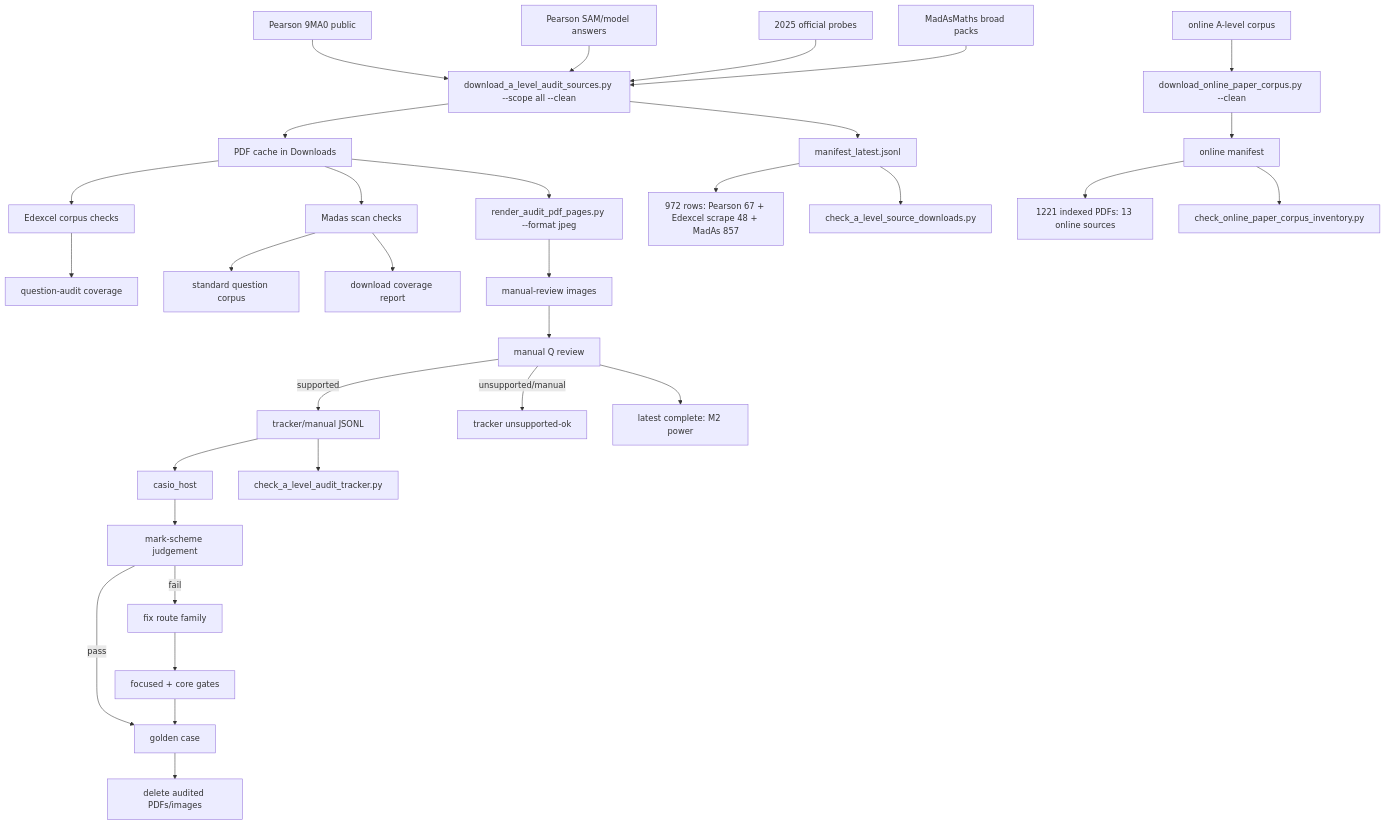
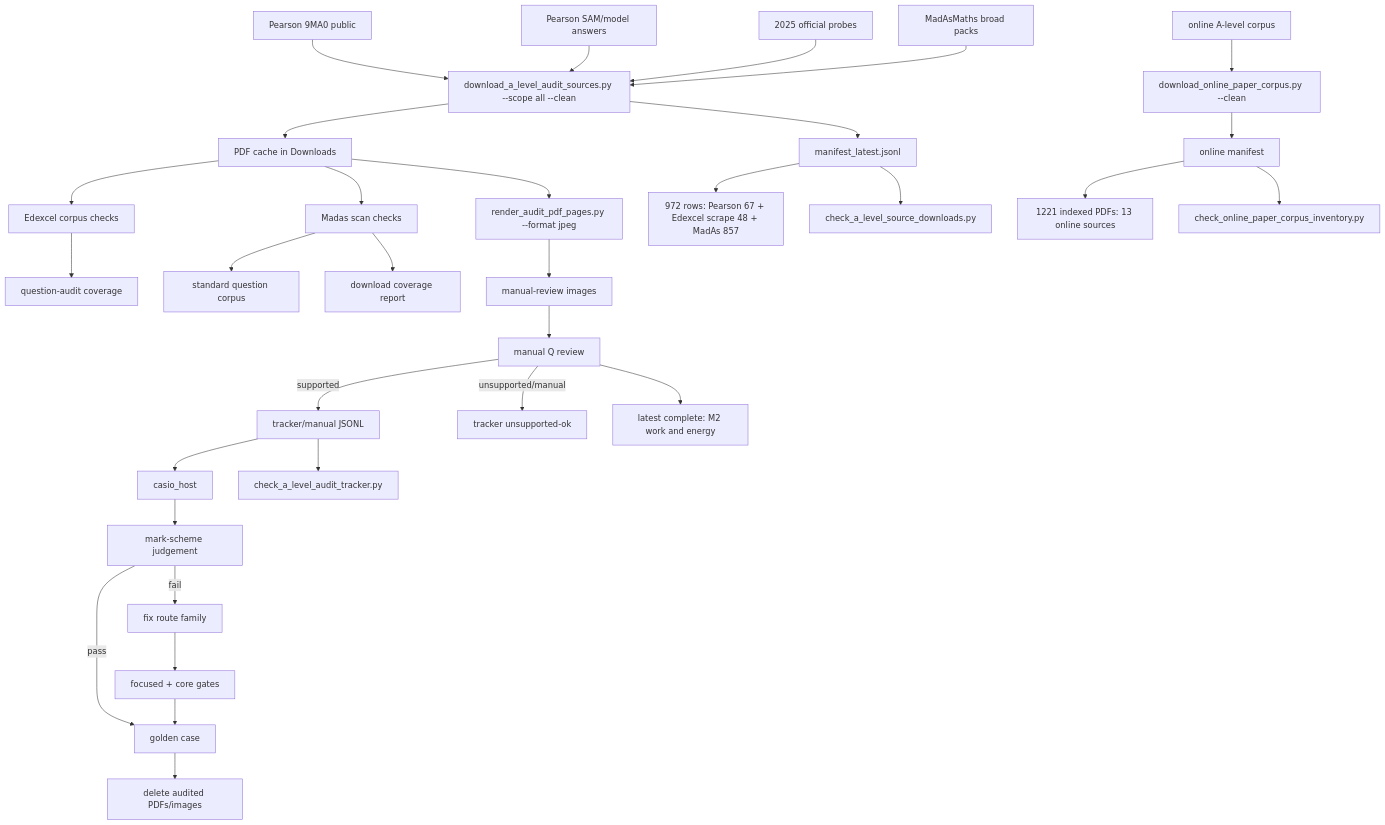
Before and after one commit to james8464/notes-addin-casio-fx-cg50: the diagram in c++/tools/golden/a_level_audit_graph.md, drawn with Mermaid. The commit also changed other lines of this file and 2 other files, not shown here.

Commit message:
Audit M2 work and energy booklet

````diff
--- a/c++/tools/golden/a_level_audit_graph.md
+++ b/c++/tools/golden/a_level_audit_graph.md
@@ -3,34 +3,34 @@
 ```mermaid
 graph TD
   E1["Pearson 9MA0 public"] --> D["download_a_level_audit_sources.py --scope all --clean"]
   E2["Pearson SAM/model answers"] --> D
   E3["2025 official probes"] --> D
   M1["MadAsMaths broad packs"] --> D
   O1["online A-level corpus"] --> OD["download_online_paper_corpus.py --clean"]
   D --> P["PDF cache in Downloads"]
   D --> X["manifest_latest.jsonl"]
   OD --> OX["online manifest"]
   X --> XC["972 rows: Pearson 67 + Edexcel scrape 48 + MadAs 857"]
   OX --> OC["1221 indexed PDFs: 13 online sources"]
   X --> V["check_a_level_source_downloads.py"]
   OX --> OV["check_online_paper_corpus_inventory.py"]
   P --> E["Edexcel corpus checks"]
   E --> EQ["question-audit coverage"]
   P --> S["Madas scan checks"]
   S --> M["standard question corpus"]
   S --> MC["download coverage report"]
   P --> R["render_audit_pdf_pages.py --format jpeg"]
   R --> I["manual-review images"]
   I --> Q["manual Q review"]
   Q -->|supported| J["tracker/manual JSONL"]
   Q -->|unsupported/manual| U["tracker unsupported-ok"]
   J --> H["casio_host"]
   J --> K["check_a_level_audit_tracker.py"]
   H --> C["mark-scheme judgement"]
   C -->|pass| G["golden case"]
   C -->|fail| F["fix route family"]
   F --> T["focused + core gates"]
   T --> G
   G --> Z["delete audited PDFs/images"]
-  Q --> Qt["latest complete: M2 power"]
+  Q --> Qt["latest complete: M2 work and energy"]
 ```
````
